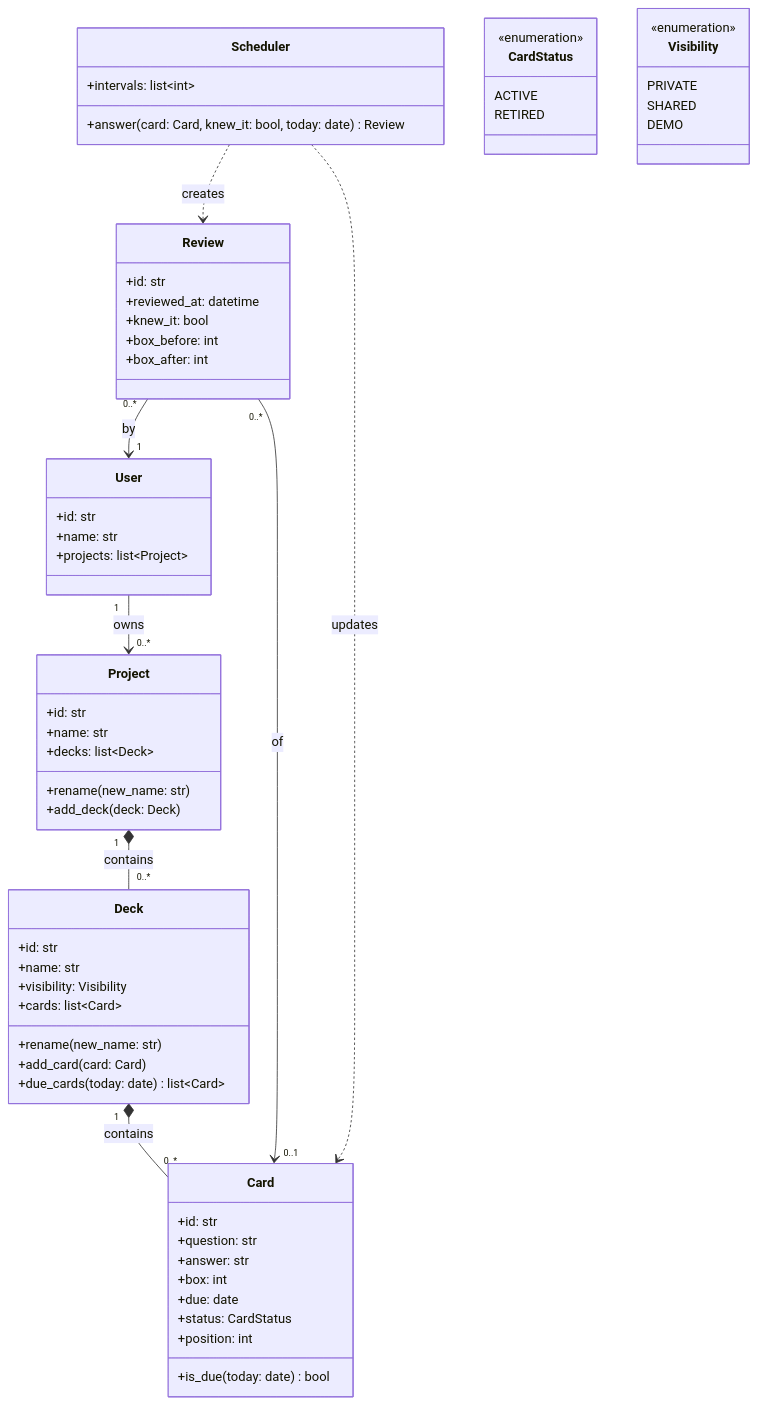
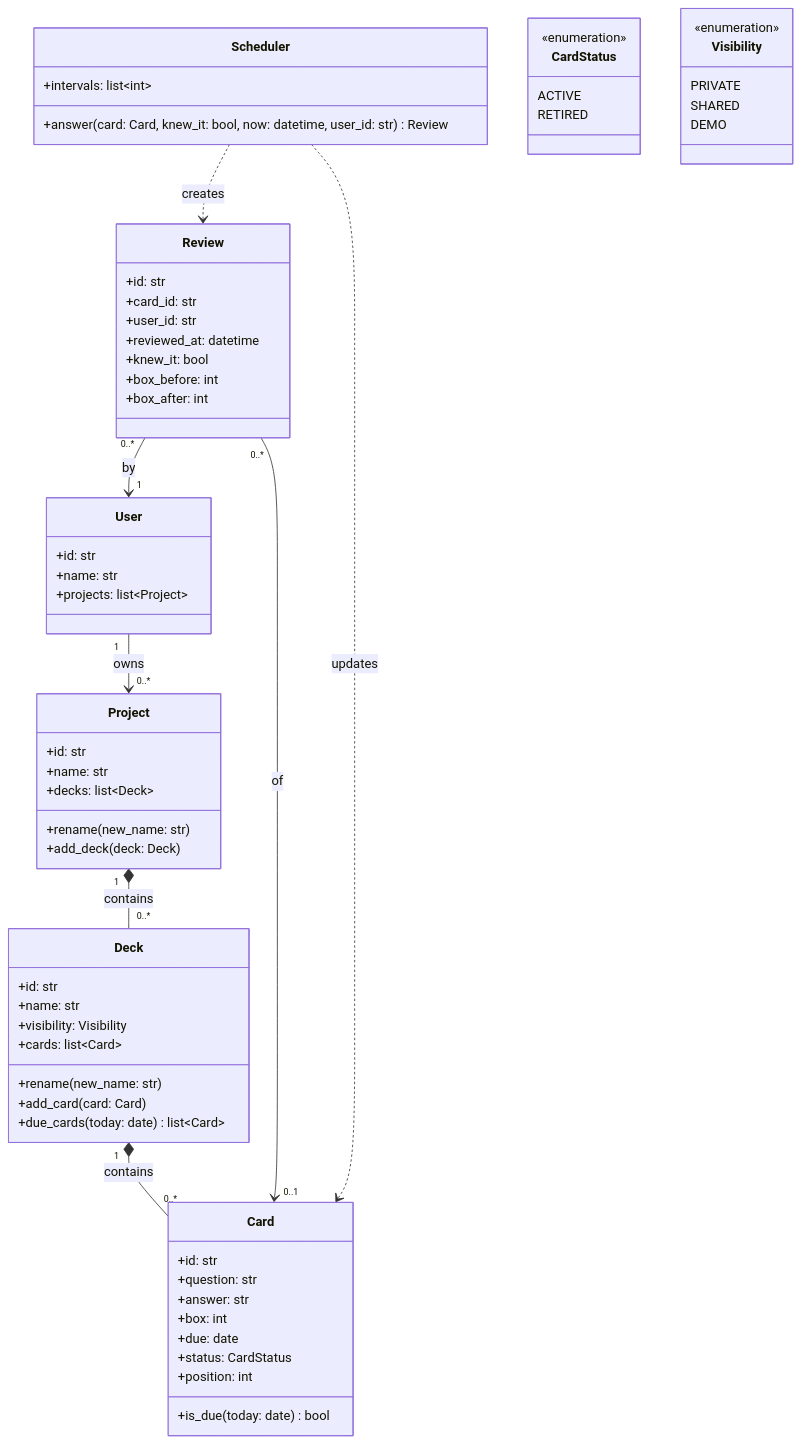
The diagram in docs/diagrams/04-class-diagram.md (OleksandraZ/leitbox), drawn with Mermaid before and after one commit. The commit also changed other lines of this file and 5 other files, not shown here.

````diff
--- a/docs/diagrams/04-class-diagram.md
+++ b/docs/diagrams/04-class-diagram.md
@@ -8,64 +8,66 @@
 ```mermaid
 classDiagram
     class User {
         +id: str
         +name: str
         +projects: list~Project~
     }
     class Project {
         +id: str
         +name: str
         +decks: list~Deck~
         +rename(new_name: str)
         +add_deck(deck: Deck)
     }
     class Deck {
         +id: str
         +name: str
         +visibility: Visibility
         +cards: list~Card~
         +rename(new_name: str)
         +add_card(card: Card)
         +due_cards(today: date) list~Card~
     }
     class Card {
         +id: str
         +question: str
         +answer: str
         +box: int
         +due: date
         +status: CardStatus
         +position: int
         +is_due(today: date) bool
     }
     class Review {
         +id: str
+        +card_id: str
+        +user_id: str
         +reviewed_at: datetime
         +knew_it: bool
         +box_before: int
         +box_after: int
     }
     class Scheduler {
         +intervals: list~int~
-        +answer(card: Card, knew_it: bool, today: date) Review
+        +answer(card: Card, knew_it: bool, now: datetime, user_id: str) Review
     }
     class CardStatus {
         <<enumeration>>
         ACTIVE
         RETIRED
     }
     class Visibility {
         <<enumeration>>
         PRIVATE
         SHARED
         DEMO
     }
 
     User "1" --> "0..*" Project : owns
     Project "1" *-- "0..*" Deck : contains
     Deck "1" *-- "0..*" Card : contains
     Review "0..*" --> "0..1" Card : of
     Review "0..*" --> "1" User : by
     Scheduler ..> Card : updates
     Scheduler ..> Review : creates
 ```
````
